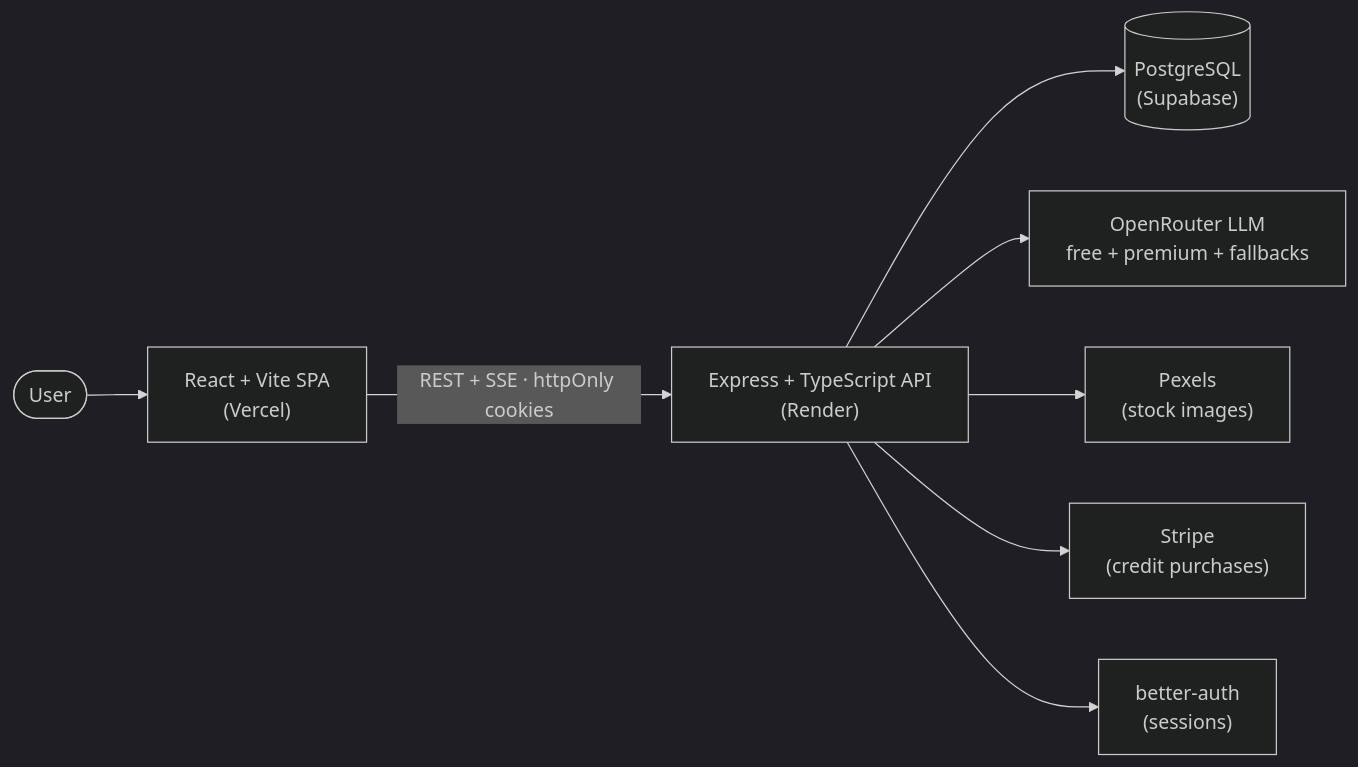
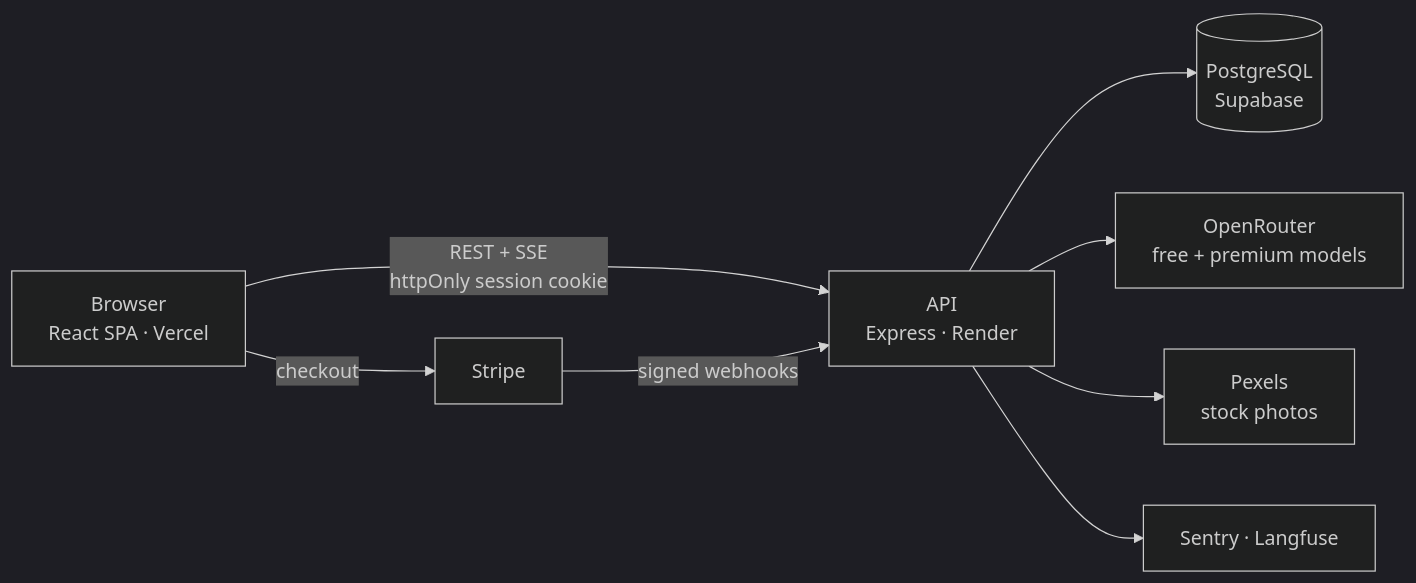
The first of 4 diagrams in README.md (Prathamesh51-debug/GenSite), drawn with Mermaid (dark theme) before and after one commit. The commit also changed other lines of this file and 9 other files, not shown here.

Commit message:
Rewrite the README with Mermaid diagrams and add an MIT license

````diff
--- a/README.md
+++ b/README.md
@@ -102,10 +28,18 @@
 ```mermaid
 flowchart LR
-    U([User]) --> FE["React + Vite SPA<br/>(Vercel)"]
-    FE -->|"REST + SSE · httpOnly cookies"| API["Express + TypeScript API<br/>(Render)"]
-    API --> DB[("PostgreSQL<br/>(Supabase)")]
-    API --> AI["OpenRouter LLM<br/>free + premium + fallbacks"]
-    API --> IMG["Pexels<br/>(stock images)"]
-    API --> PAY["Stripe<br/>(credit purchases)"]
-    API --> AUTH["better-auth<br/>(sessions)"]
+    browser["Browser<br/>React SPA · Vercel"]
+    api["API<br/>Express · Render"]
+    db[("PostgreSQL<br/>Supabase")]
+    llm["OpenRouter<br/>free + premium models"]
+    pexels["Pexels<br/>stock photos"]
+    stripe["Stripe"]
+    obs["Sentry · Langfuse"]
+
+    browser -- "REST + SSE<br/>httpOnly session cookie" --> api
+    browser -- "checkout" --> stripe
+    stripe -- "signed webhooks" --> api
+    api --> db
+    api --> llm
+    api --> pexels
+    api --> obs
 ```
````
